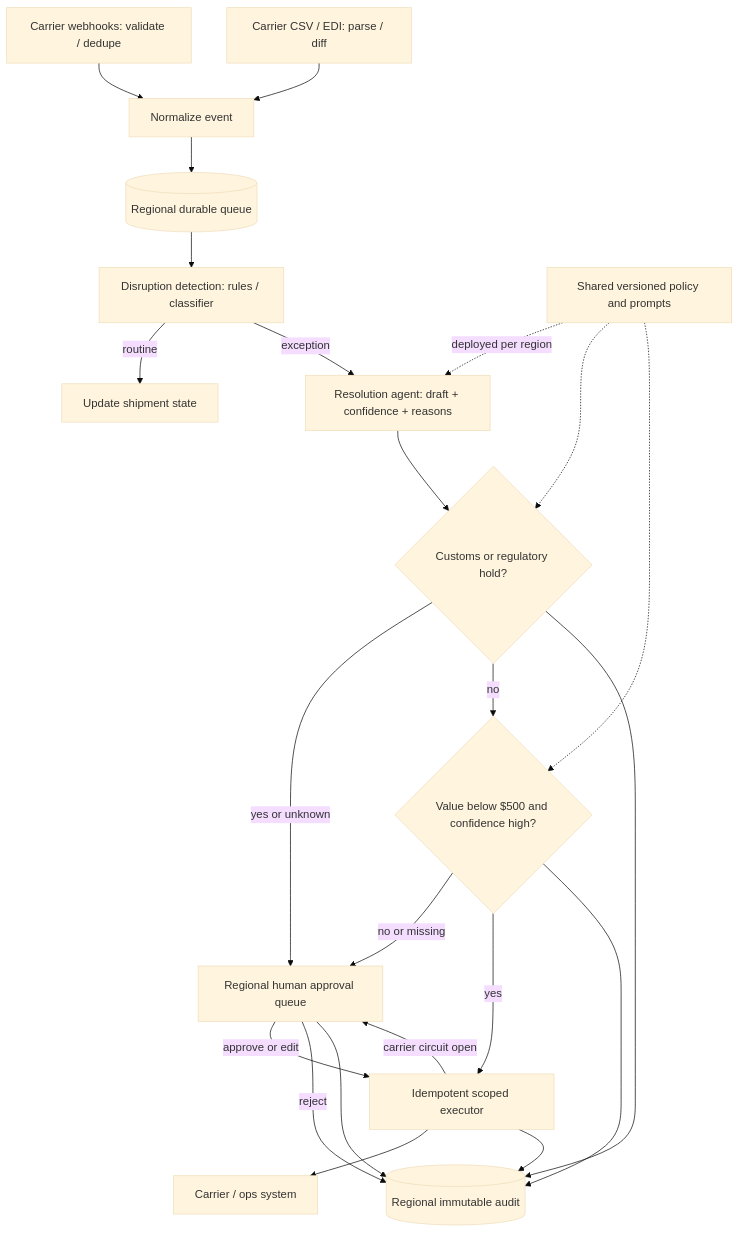
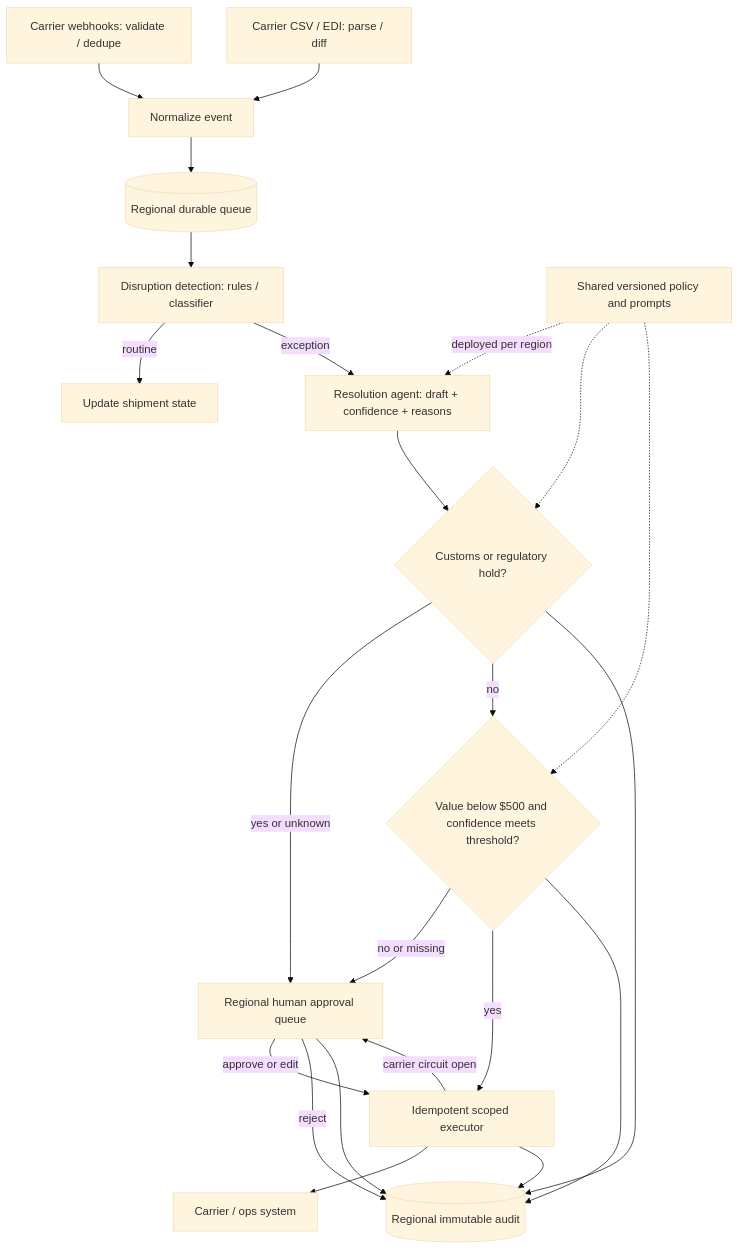
Before and after one commit to Sourav692/Forward-Deployed-Engineer-Interview-Prep: the diagram in site/content/modules/15-fde-case-studies/agents-that-act/logistics-exception-handling/main.md, drawn with Mermaid (base theme). The commit also changed other lines of this file and 143 other files, not shown here.

````diff
--- a/site/content/modules/15-fde-case-studies/agents-that-act/logistics-exception-handling/main.md
+++ b/site/content/modules/15-fde-case-studies/agents-that-act/logistics-exception-handling/main.md
@@ -78,25 +78,25 @@
 ```mermaid
 flowchart TB
   W[Carrier webhooks: validate / dedupe] --> N[Normalize event]
   B[Carrier CSV / EDI: parse / diff] --> N
   N --> Q[(Regional durable queue)]
   Q --> D[Disruption detection: rules / classifier]
   D -->|routine| S[Update shipment state]
   D -->|exception| A[Resolution agent: draft + confidence + reasons]
   A --> C{Customs or regulatory hold?}
   C -->|yes or unknown| H[Regional human approval queue]
-  C -->|no| V{Value below $500 and confidence high?}
+  C -->|no| V{Value below $500 and confidence meets threshold?}
   V -->|no or missing| H
   V -->|yes| E[Idempotent scoped executor]
   H -->|approve or edit| E
   H -->|reject| L[(Regional immutable audit)]
   E -->|carrier circuit open| H
   E --> X[Carrier / ops system]
   C --> L
   V --> L
   H --> L
   E --> L
   P[Shared versioned policy and prompts] -. deployed per region .-> A
   P -.-> C
   P -.-> V
 ```
````
